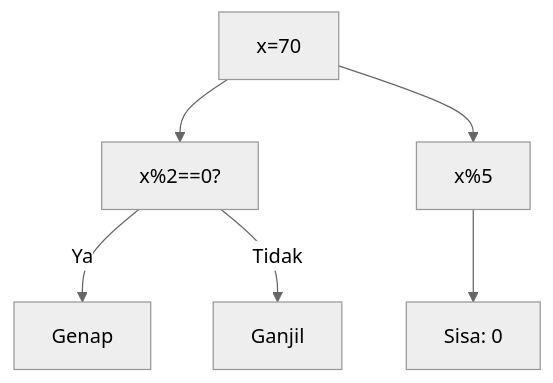
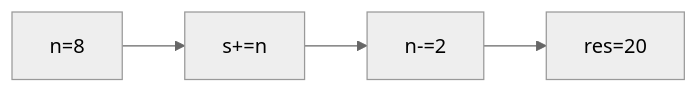
The second of 25 diagrams in part-c-pemahaman-cpp/03-perulangan/latihan/set-02.md (amnahwaida/OSNK_INF_PREP), drawn with Mermaid (neutral theme) before and after one commit. The commit also changed other lines of this file and 71 other files, not shown here.

````diff
--- a/part-c-pemahaman-cpp/03-perulangan/latihan/set-02.md
+++ b/part-c-pemahaman-cpp/03-perulangan/latihan/set-02.md
@@ -54,8 +48,6 @@
 ```mermaid
-graph TD
-A["x=70"] --> B["x%2==0?"]
-B -- Ya --> C["Genap"]
-B -- Tidak --> D["Ganjil"]
-A --> E["x%5"]
-E --> F["Sisa: 0"]
+graph LR
+A["n=8"] --> B["s+=n"]
+B --> C["n-=2"]
+C --> D["res=20"]
 ```
````
